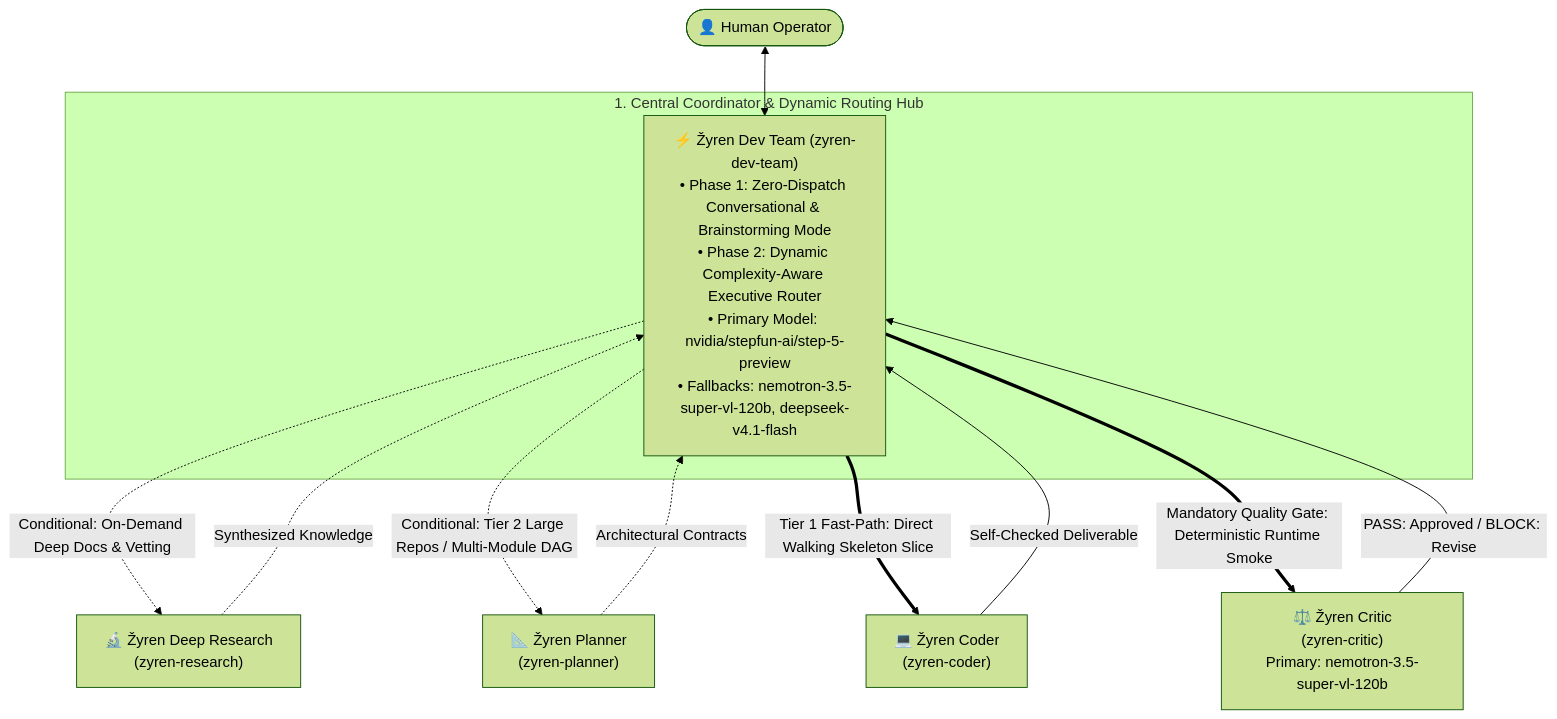
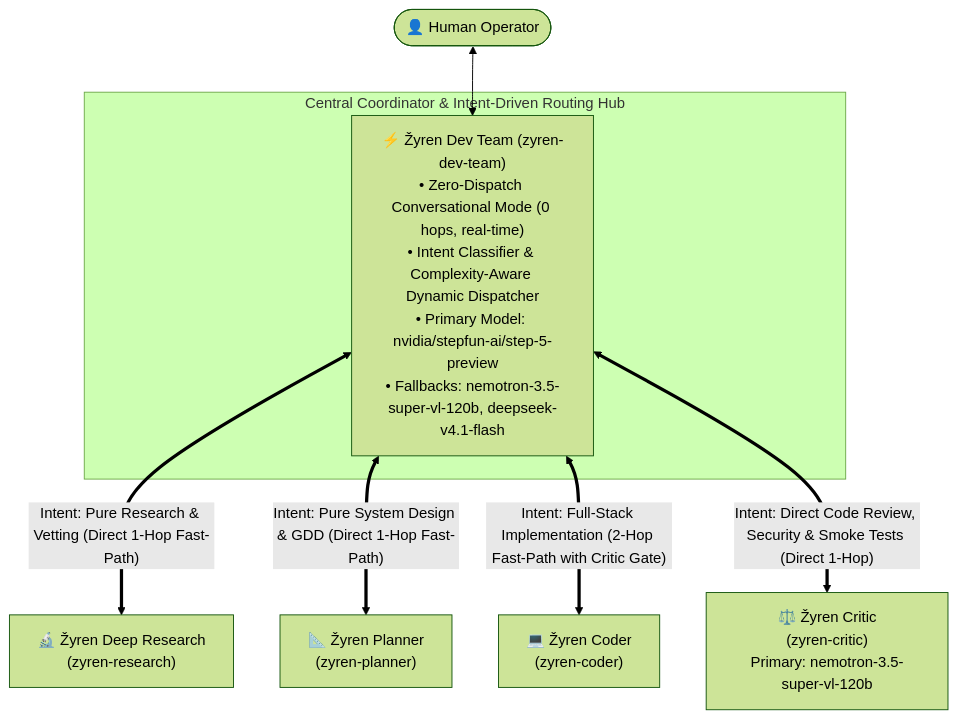
The second of 2 diagrams in README.md (MONaser04/ZyrenClaw), drawn with Mermaid (forest theme) before and after one commit. The commit also changed other lines of this file and 1 other file, not shown here.

Commit message:
docs: formalize Intent-Driven Point-to-Point Fast Paths for every specialist

````diff
--- a/README.md
+++ b/README.md
@@ -260,19 +260,14 @@
 ```mermaid
 flowchart TD
     User(["👤 Human Operator"]) <--> Hub
 
-    subgraph Hub_Node["1. Central Coordinator & Dynamic Routing Hub"]
-        Hub["⚡ Žyren Dev Team (zyren-dev-team)<br/>• Phase 1: Zero-Dispatch Conversational & Brainstorming Mode<br/>• Phase 2: Dynamic Complexity-Aware Executive Router<br/>• Primary Model: nvidia/stepfun-ai/step-5-preview<br/>• Fallbacks: nemotron-3.5-super-vl-120b, deepseek-v4.1-flash"]
+    subgraph Hub_Node["Central Coordinator & Intent-Driven Routing Hub"]
+        Hub["⚡ Žyren Dev Team (zyren-dev-team)<br/>• Zero-Dispatch Conversational Mode (0 hops, real-time)<br/>• Intent Classifier & Complexity-Aware Dynamic Dispatcher<br/>• Primary Model: nvidia/stepfun-ai/step-5-preview<br/>• Fallbacks: nemotron-3.5-super-vl-120b, deepseek-v4.1-flash"]
     end
 
-    %% Dynamic Tier-Aware Dispatch: Dotted for Conditional, Thick for Primary Fast-Path
-    Hub -.->|"Conditional: On-Demand Deep Docs & Vetting"| Res["🔬 Žyren Deep Research<br/>(zyren-research)"]
-    Hub -.->|"Conditional: Tier 2 Large Repos / Multi-Module DAG"| Plan["📐 Žyren Planner<br/>(zyren-planner)"]
-    Hub ==>|"Tier 1 Fast-Path: Direct Walking Skeleton Slice"| Coder["💻 Žyren Coder<br/>(zyren-coder)"]
-    Hub ==>|"Mandatory Quality Gate: Deterministic Runtime Smoke"| Critic["⚖️ Žyren Critic<br/>(zyren-critic)<br/>Primary: nemotron-3.5-super-vl-120b"]
-
-    Res -.->|Synthesized Knowledge| Hub
-    Plan -.->|Architectural Contracts| Hub
-    Coder -->|Self-Checked Deliverable| Hub
-    Critic -->|PASS: Approved / BLOCK: Revise| Hub
+    %% Intent-Driven Direct Point-to-Point Fast Paths for Each Specialist
+    Hub <==>|"Intent: Pure Research & Vetting (Direct 1-Hop Fast-Path)"| Res["🔬 Žyren Deep Research<br/>(zyren-research)"]
+    Hub <==>|"Intent: Pure System Design & GDD (Direct 1-Hop Fast-Path)"| Plan["📐 Žyren Planner<br/>(zyren-planner)"]
+    Hub <==>|"Intent: Full-Stack Implementation (2-Hop Fast-Path with Critic Gate)"| Coder["💻 Žyren Coder<br/>(zyren-coder)"]
+    Hub <==>|"Intent: Direct Code Review, Security & Smoke Tests (Direct 1-Hop)"| Critic["⚖️ Žyren Critic<br/>(zyren-critic)<br/>Primary: nemotron-3.5-super-vl-120b"]
 ```
````
